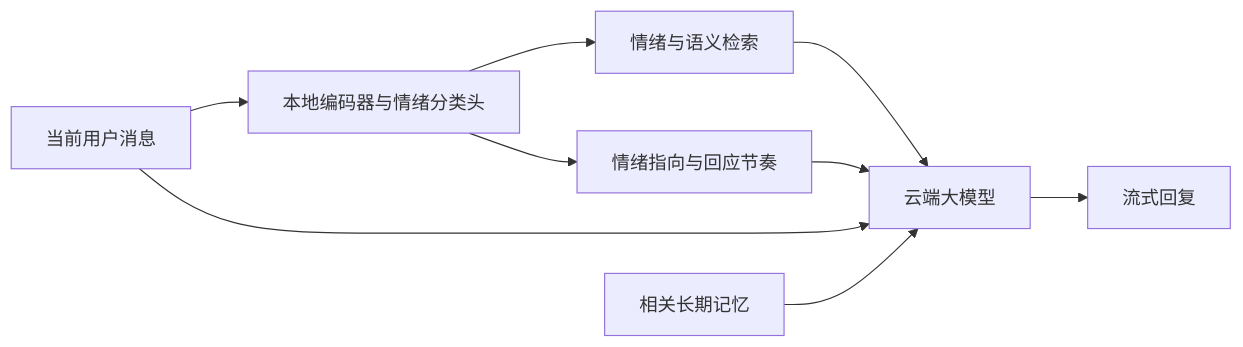
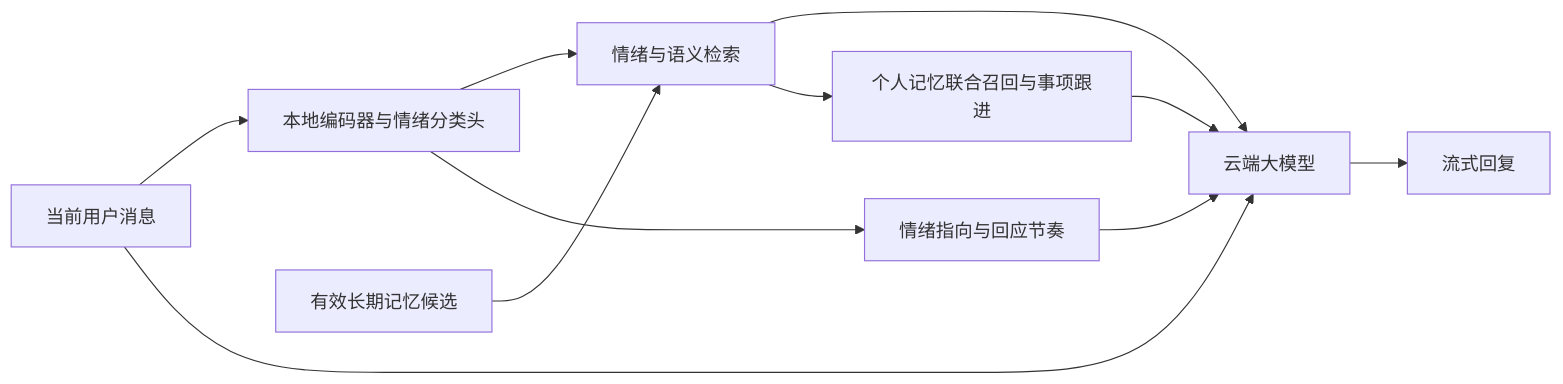
Before and after one commit to yuejain/empathy-agent: the diagram in README.md, drawn with Mermaid. The commit also changed other lines of this file and 43 other files, not shown here.

````diff
--- a/README.md
+++ b/README.md
@@ -91,11 +91,13 @@
 ```mermaid
 flowchart LR
   U[当前用户消息] --> L[本地编码器与情绪分类头]
   L --> R[情绪与语义检索]
   R --> C[云端大模型]
   L --> D[情绪指向与回应节奏]
   D --> C
   U --> C
-  M[相关长期记忆] --> C
+  M[有效长期记忆候选] --> R
+  R --> J[个人记忆联合召回与事项跟进]
+  J --> C
   C --> S[流式回复]
 ```
````
